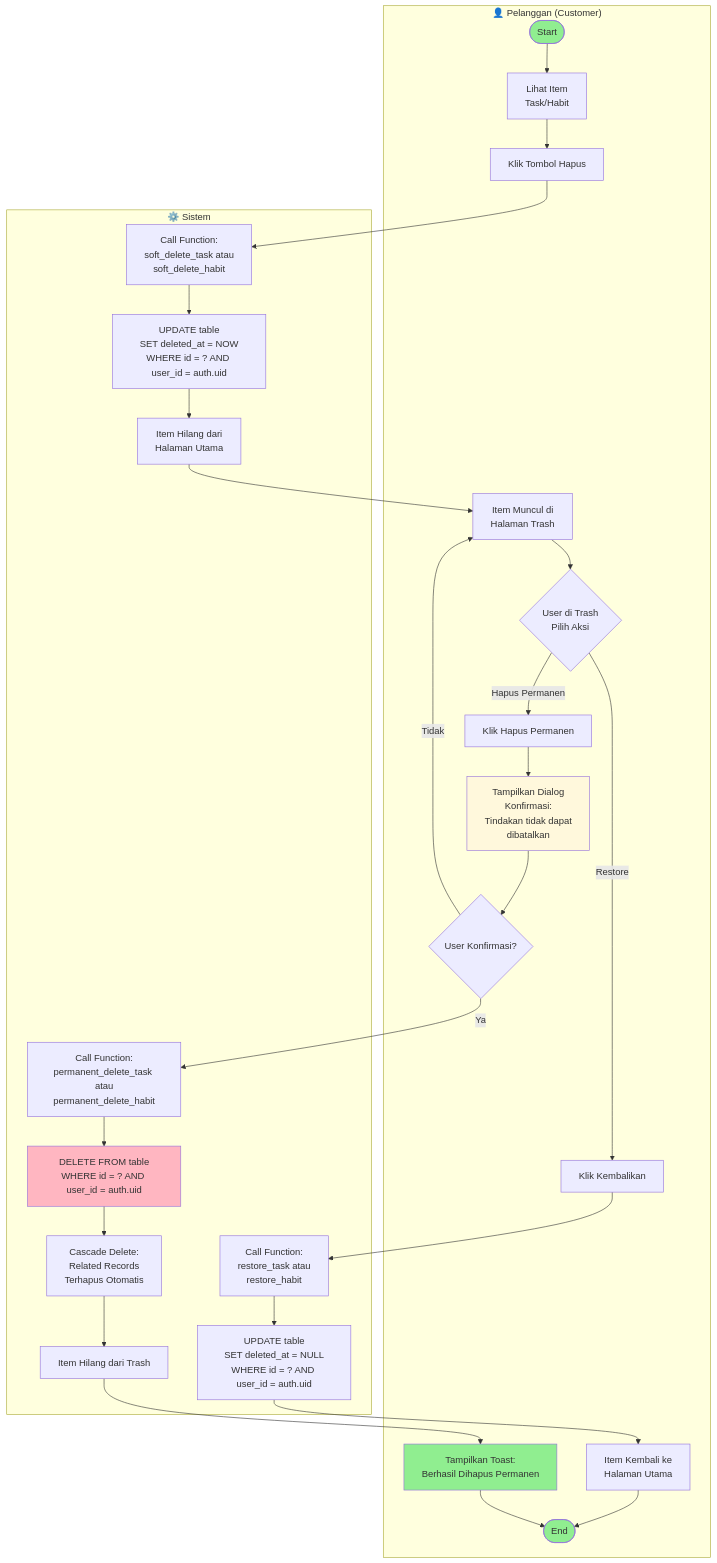
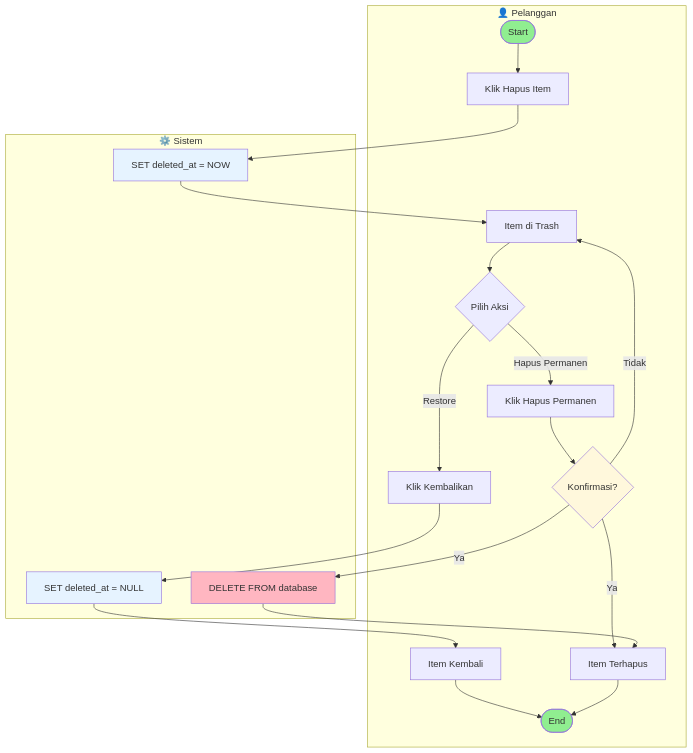
Before and after one commit to FarhanEfendi21/FlowDay: the fifth of 11 diagrams in ACTIVITY_DIAGRAMS.md, drawn with Mermaid. The commit also changed other lines of this file, not shown here.

Commit message:
fix activity diagram

````diff
--- a/ACTIVITY_DIAGRAMS.md
+++ b/ACTIVITY_DIAGRAMS.md
@@ -280,49 +180,34 @@
 ```mermaid
 graph TD
-    subgraph User["👤 Pelanggan (Customer)"]
-        Start([Start]) --> ViewItem[Lihat Item<br/>Task/Habit]
-        ViewItem --> ClickDelete[Klik Tombol Hapus]
-        ShowInTrash[Item Muncul di<br/>Halaman Trash] --> TrashChoice{User di Trash<br/>Pilih Aksi}
-        
-        %% RESTORE
-        TrashChoice -->|Restore| ClickRestore[Klik Kembalikan]
-        BackToMain[Item Kembali ke<br/>Halaman Utama] --> End([End])
-        
-        %% PERMANENT DELETE
-        TrashChoice -->|Hapus Permanen| ClickPermanent[Klik Hapus Permanen]
-        ShowConfirm[Tampilkan Dialog<br/>Konfirmasi:<br/>Tindakan tidak dapat<br/>dibatalkan] --> UserConfirm{User Konfirmasi?}
-        UserConfirm -->|Tidak| ShowInTrash
-        ShowSuccess[Tampilkan Toast:<br/>Berhasil Dihapus Permanen] --> End
+    subgraph User["👤 Pelanggan"]
+        A([Start]) --> B[Klik Hapus Item]
+        C[Item di Trash] --> D{Pilih Aksi}
+        D -->|Restore| E[Klik Kembalikan]
+        D -->|Hapus Permanen| F[Klik Hapus Permanen]
+        F --> G{Konfirmasi?}
+        G -->|Tidak| C
+        G -->|Ya| H[Item Terhapus]
+        I[Item Kembali] --> J([End])
+        H --> J
     end
     
     subgraph System["⚙️ Sistem"]
-        %% SOFT DELETE
-        CallSoftDelete[Call Function:<br/>soft_delete_task atau<br/>soft_delete_habit]
-        CallSoftDelete --> UpdateDeleted[UPDATE table<br/>SET deleted_at = NOW<br/>WHERE id = ? AND user_id = auth.uid]
-        UpdateDeleted --> HideFromMain[Item Hilang dari<br/>Halaman Utama]
-        HideFromMain --> ShowInTrash
-        
-        %% RESTORE
-        CallRestore[Call Function:<br/>restore_task atau<br/>restore_habit]
-        CallRestore --> UpdateRestore[UPDATE table<br/>SET deleted_at = NULL<br/>WHERE id = ? AND user_id = auth.uid]
-        UpdateRestore --> BackToMain
-        
-        %% PERMANENT DELETE
-        ShowConfirm
-        UserConfirm -->|Ya| CallPermanent[Call Function:<br/>permanent_delete_task atau<br/>permanent_delete_habit]
-        CallPermanent --> DeleteDB[DELETE FROM table<br/>WHERE id = ? AND user_id = auth.uid]
-        DeleteDB --> CascadeDelete[Cascade Delete:<br/>Related Records<br/>Terhapus Otomatis]
-        CascadeDelete --> RemoveFromTrash[Item Hilang dari Trash]
-        RemoveFromTrash --> ShowSuccess
+        K[SET deleted_at = NOW]
+        K --> C
+        L[SET deleted_at = NULL]
+        L --> I
+        M[DELETE FROM database]
+        M --> H
     end
     
-    ClickDelete --> CallSoftDelete
-    ClickRestore --> CallRestore
-    ClickPermanent --> ShowConfirm
+    B --> K
+    E --> L
+    G -->|Ya| M
 
-    style Start fill:#90EE90
-    style End fill:#90EE90
-    style ShowConfirm fill:#FFF8DC
-    style DeleteDB fill:#FFB6C1
-    style ShowSuccess fill:#90EE90
+    style A fill:#90EE90
+    style J fill:#90EE90
+    style G fill:#FFF8DC
+    style M fill:#FFB6C1
+    style K fill:#E6F3FF
+    style L fill:#E6F3FF
 ```
````
